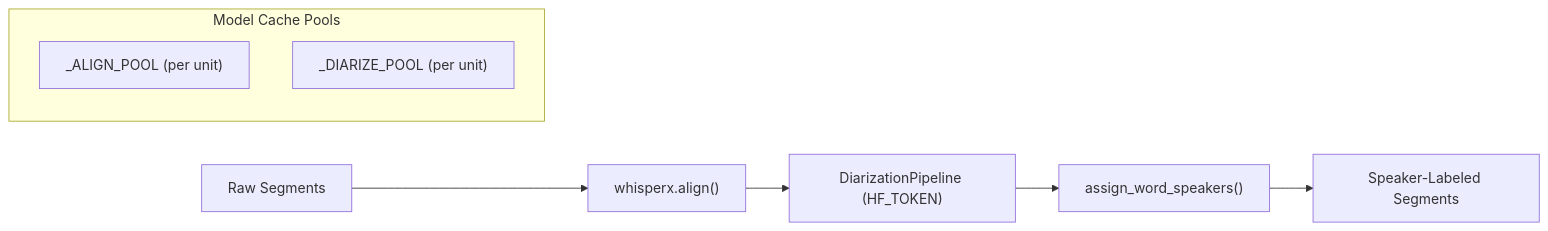
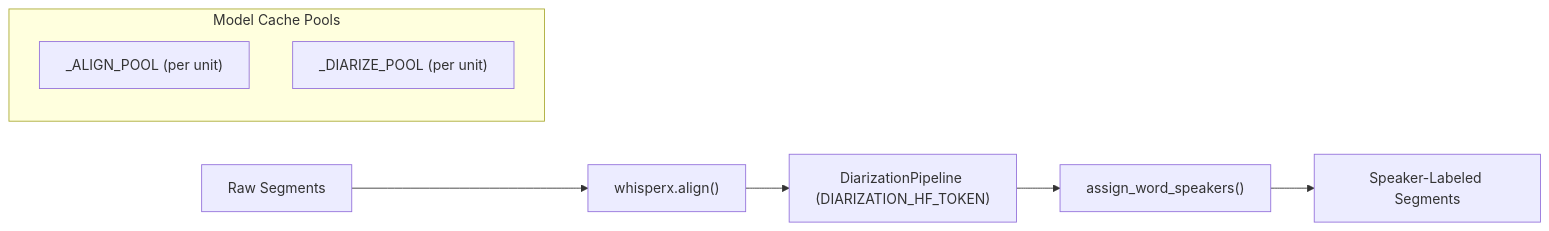
The second of 4 diagrams in docs/ARCHITECTURE.md (AmirulAndalib/Whisper-Pro-ASR), drawn with Mermaid before and after one commit. The commit also changed other lines of this file and 235 other files, not shown here.

````diff
--- a/docs/ARCHITECTURE.md
+++ b/docs/ARCHITECTURE.md
@@ -90,12 +90,12 @@
 ```mermaid
 graph LR
     SEG["Raw Segments"] --> ALIGN["whisperx.align()"]
-    ALIGN --> DIAR["DiarizationPipeline (HF_TOKEN)"]
+    ALIGN --> DIAR["DiarizationPipeline (DIARIZATION_HF_TOKEN)"]
     DIAR --> ASSIGN["assign_word_speakers()"]
     ASSIGN --> LABELED["Speaker-Labeled Segments"]
     
     subgraph CACHE ["Model Cache Pools"]
     AP["_ALIGN_POOL (per unit)"]
     DP["_DIARIZE_POOL (per unit)"]
     end
 ```
````
